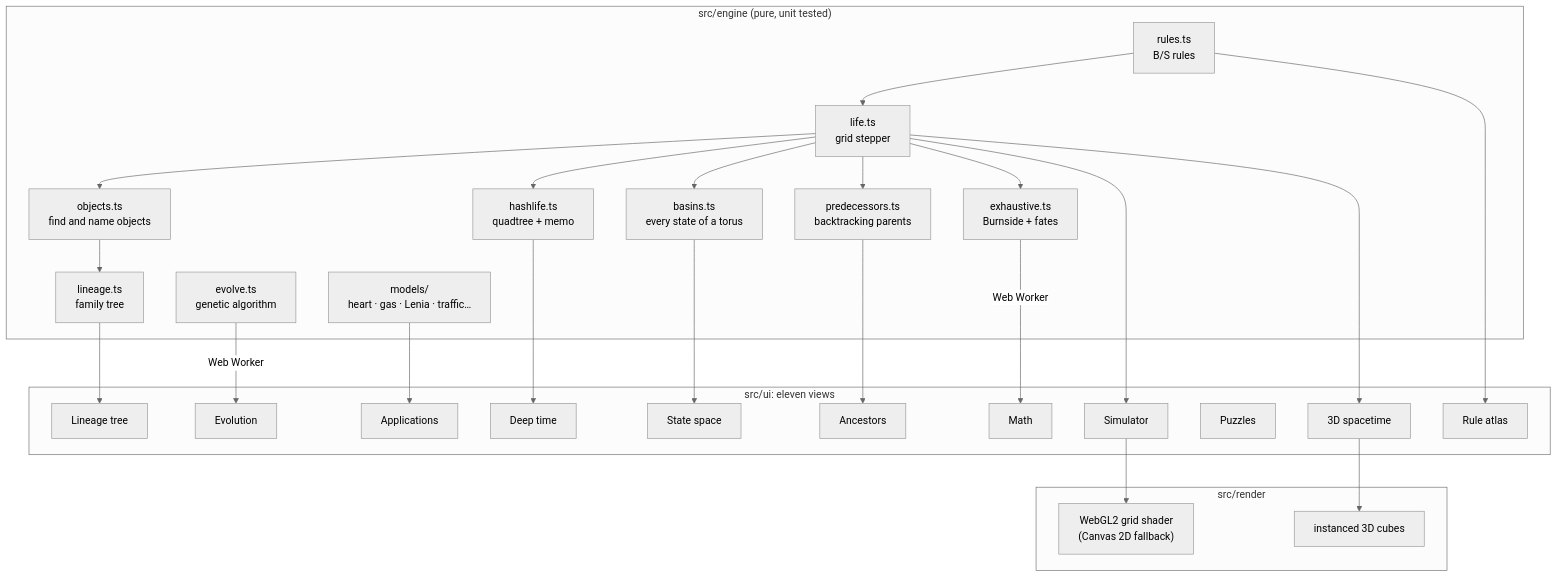
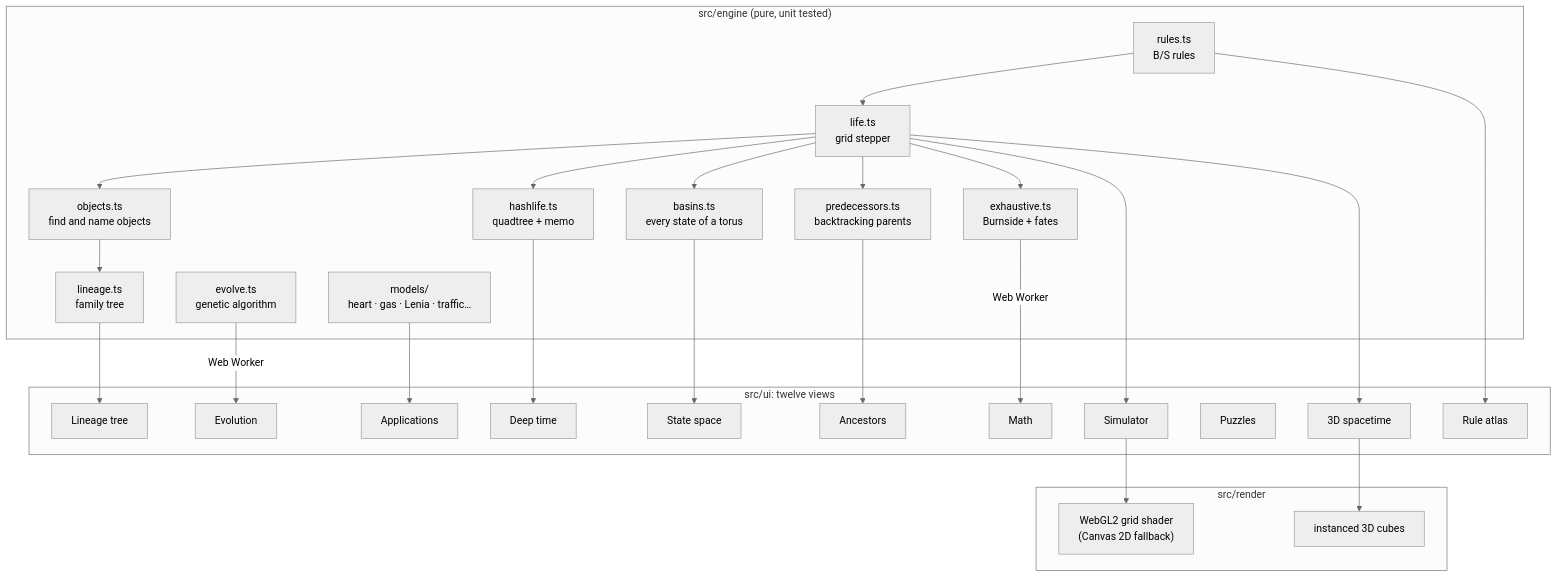
Before and after one commit to Normansrule/game-of-life: the third of 4 diagrams in README.md, drawn with Mermaid (neutral theme). The commit also changed other lines of this file and 14 other files, not shown here.

````diff
--- a/README.md
+++ b/README.md
@@ -309,33 +319,33 @@
 ```mermaid
 flowchart TB
   subgraph engine["src/engine (pure, unit tested)"]
     life["life.ts<br/>grid stepper"] --> objects["objects.ts<br/>find and name objects"]
     objects --> lineage["lineage.ts<br/>family tree"]
     life --> hashlife["hashlife.ts<br/>quadtree + memo"]
     life --> basins["basins.ts<br/>every state of a torus"]
     life --> preds["predecessors.ts<br/>backtracking parents"]
     life --> exhaustive["exhaustive.ts<br/>Burnside + fates"]
     rules["rules.ts<br/>B/S rules"] --> life
     evolve["evolve.ts<br/>genetic algorithm"]
     models["models/<br/>heart · gas · Lenia · traffic…"]
   end
   subgraph render["src/render"]
     gl["WebGL2 grid shader<br/>(Canvas 2D fallback)"]
     cubes["instanced 3D cubes"]
   end
-  subgraph ui["src/ui: eleven views"]
+  subgraph ui["src/ui: twelve views"]
     sim["Simulator"]; tree["Lineage tree"]; space["3D spacetime"]; deep["Deep time"]
     basinv["State space"]; anc["Ancestors"]; atlas["Rule atlas"]; evo["Evolution"]
     puz["Puzzles"]; math["Math"]; apps["Applications"]
   end
   life --> sim --> gl
   lineage --> tree
   life --> space --> cubes
   hashlife --> deep
   basins --> basinv
   preds --> anc
   rules --> atlas
   evolve -->|Web Worker| evo
   exhaustive -->|Web Worker| math
   models --> apps
 ```
````
